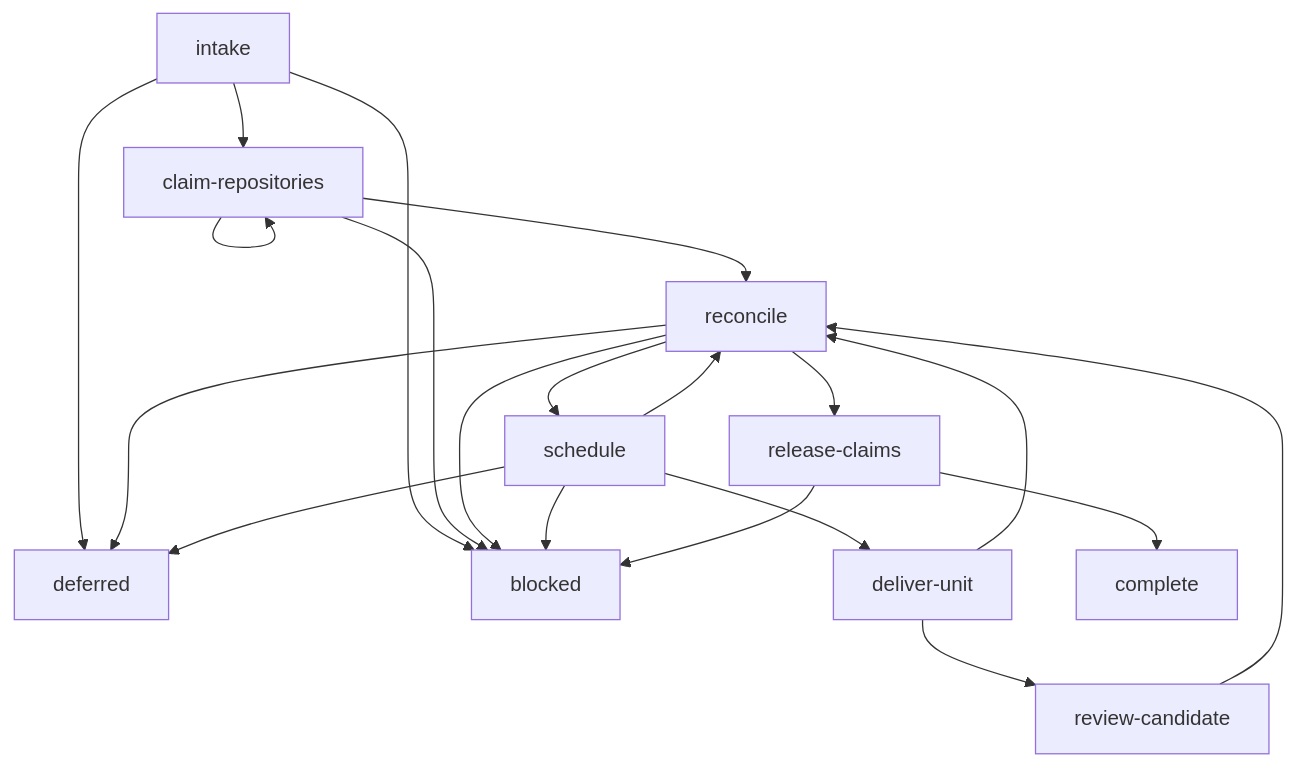
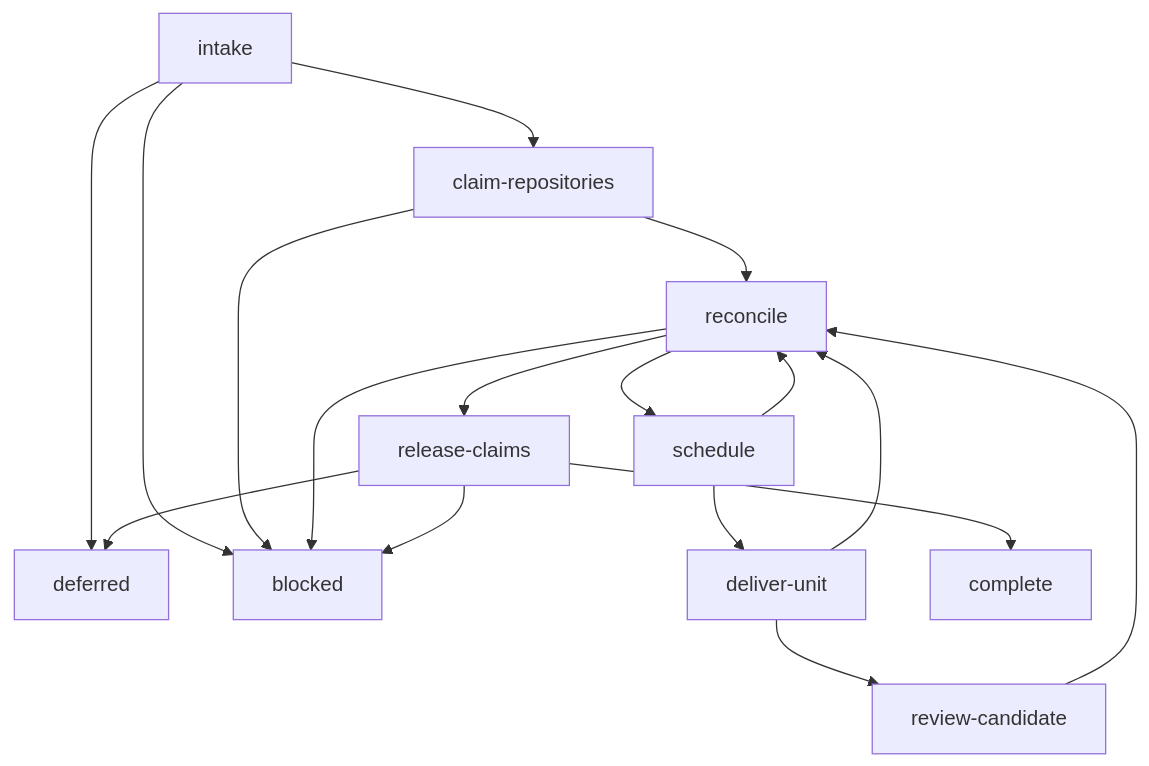
Before and after one commit to alemar11/skills: the diagram in plugins/se/skills/deliver-features/SKILL.md, drawn with Mermaid. The commit also changed other lines of this file and 21 other files, not shown here.

```diff
--- a/plugins/se/skills/deliver-features/SKILL.md
+++ b/plugins/se/skills/deliver-features/SKILL.md
@@ -70,22 +65,19 @@
 ~~~mermaid
 flowchart TD
     intake --> claim-repositories
     intake --> deferred
     intake --> blocked
-    claim-repositories --> claim-repositories
     claim-repositories --> reconcile
     claim-repositories --> blocked
     reconcile --> schedule
     reconcile --> release-claims
-    reconcile --> deferred
     reconcile --> blocked
     schedule --> deliver-unit
     schedule --> reconcile
-    schedule --> deferred
-    schedule --> blocked
     deliver-unit --> review-candidate
     deliver-unit --> reconcile
     review-candidate --> reconcile
     release-claims --> complete
+    release-claims --> deferred
     release-claims --> blocked
 ~~~
```
